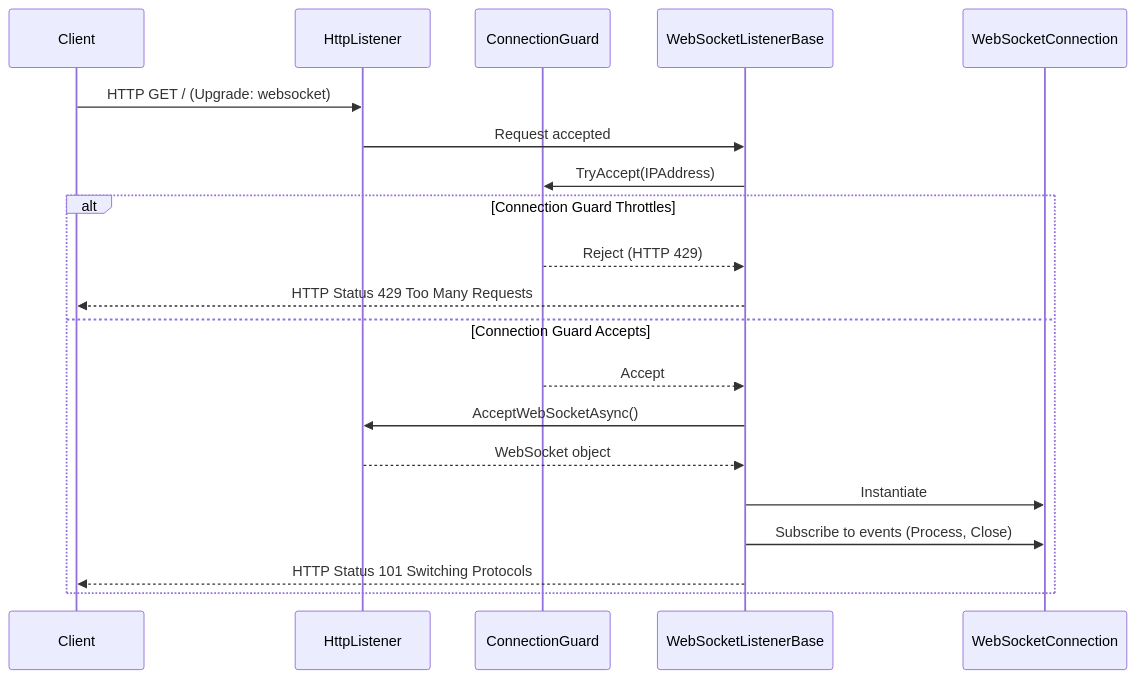
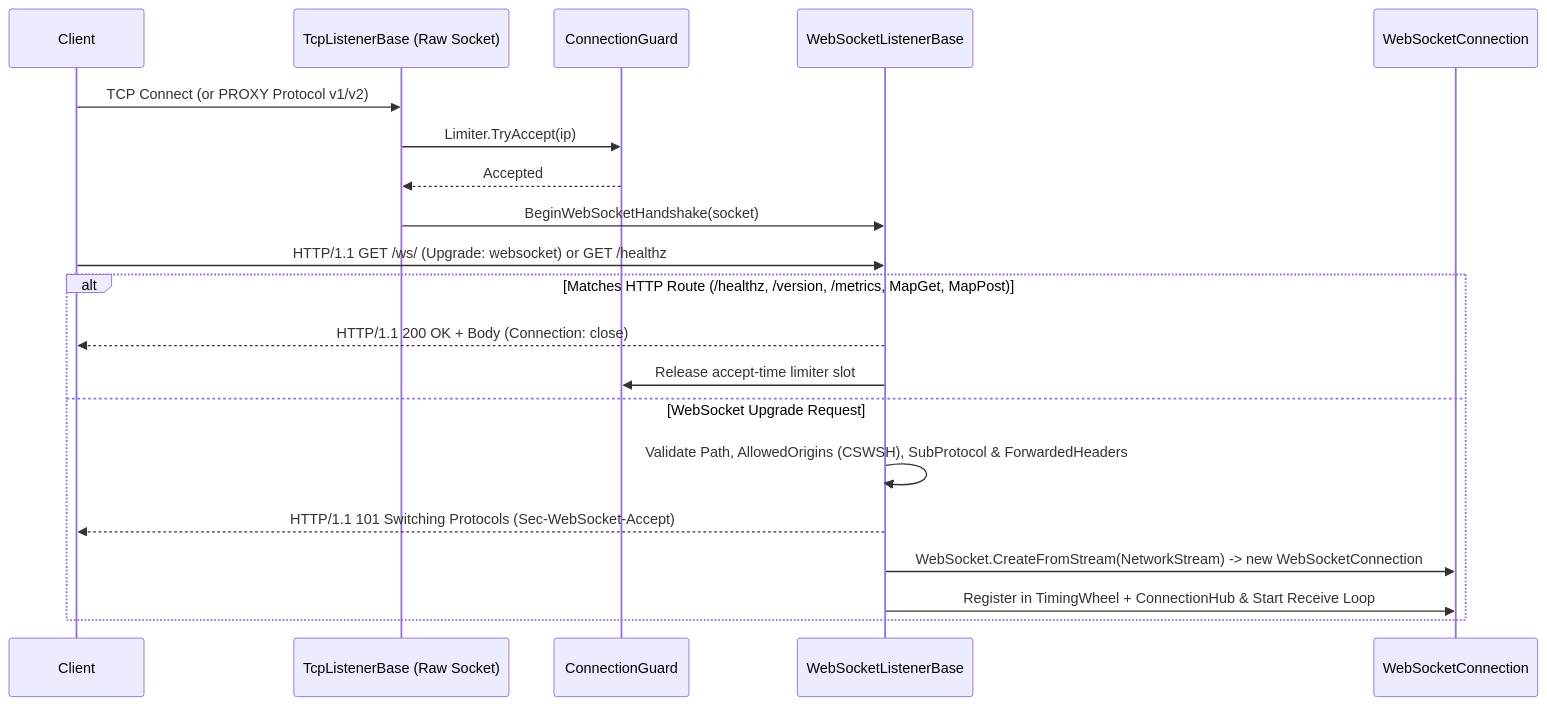
One commit to ppn-systems/nalix-docs changed the diagram in src/content/docs/en-us/api/network/websocket-listener.md. Above: the diagram before and after it, drawn with Mermaid. The commit also changed other lines of this file and 180 other files, not shown here.

````diff
--- a/src/content/docs/en-us/api/network/websocket-listener.md
+++ b/src/content/docs/en-us/api/network/websocket-listener.md
@@ -16,23 +26,23 @@
 ```mermaid
 sequenceDiagram
     participant Client
-    participant HttpListener
-    participant ConnectionGuard
-    participant WebSocketListenerBase
-    participant WebSocketConnection
+    participant Socket as TcpListenerBase (Raw Socket)
+    participant Guard as ConnectionGuard
+    participant WS as WebSocketListenerBase
+    participant Conn as WebSocketConnection
 
-    Client->>HttpListener: HTTP GET / (Upgrade: websocket)
-    HttpListener->>WebSocketListenerBase: Request accepted
-    WebSocketListenerBase->>ConnectionGuard: TryAccept(IPAddress)
-    alt Connection Guard Throttles
-        ConnectionGuard-->>WebSocketListenerBase: Reject (HTTP 429)
-        WebSocketListenerBase-->>Client: HTTP Status 429 Too Many Requests
-    else Connection Guard Accepts
-        ConnectionGuard-->>WebSocketListenerBase: Accept
-        WebSocketListenerBase->>HttpListener: AcceptWebSocketAsync()
-        HttpListener-->>WebSocketListenerBase: WebSocket object
-        WebSocketListenerBase->>WebSocketConnection: Instantiate
-        WebSocketListenerBase->>WebSocketConnection: Subscribe to events (Process, Close)
-        WebSocketListenerBase-->>Client: HTTP Status 101 Switching Protocols
+    Client->>Socket: TCP Connect (or PROXY Protocol v1/v2)
+    Socket->>Guard: Limiter.TryAccept(ip)
+    Guard-->>Socket: Accepted
+    Socket->>WS: BeginWebSocketHandshake(socket)
+    Client->>WS: HTTP/1.1 GET /ws/ (Upgrade: websocket) or GET /healthz
+    alt Matches HTTP Route (/healthz, /version, /metrics, MapGet, MapPost)
+        WS-->>Client: HTTP/1.1 200 OK + Body (Connection: close)
+        WS->>Guard: Release accept-time limiter slot
+    else WebSocket Upgrade Request
+        WS->>WS: Validate Path, AllowedOrigins (CSWSH), SubProtocol & ForwardedHeaders
+        WS-->>Client: HTTP/1.1 101 Switching Protocols (Sec-WebSocket-Accept)
+        WS->>Conn: WebSocket.CreateFromStream(NetworkStream) -> new WebSocketConnection
+        WS->>Conn: Register in TimingWheel + ConnectionHub & Start Receive Loop
     end
 ```
````
